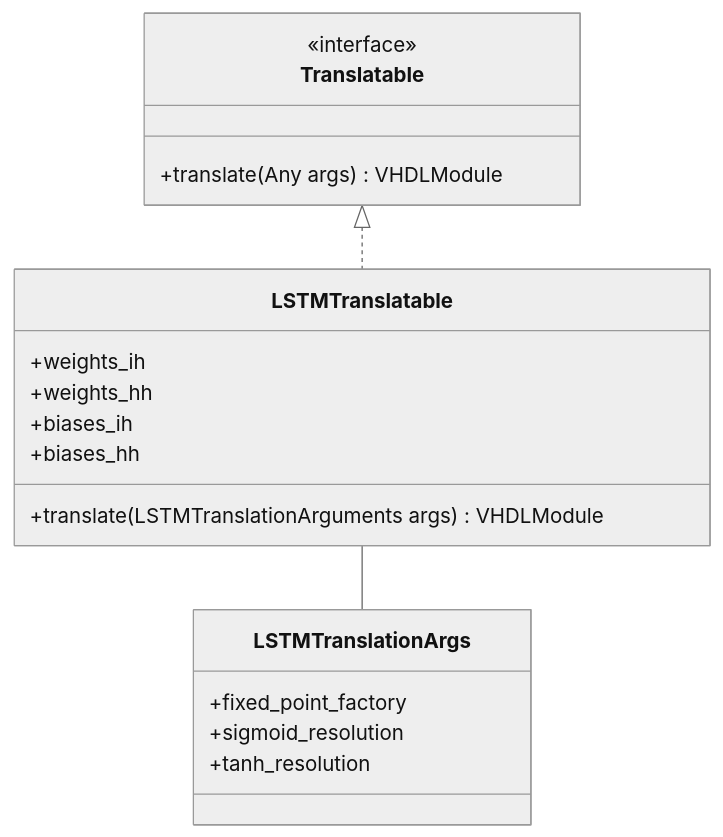
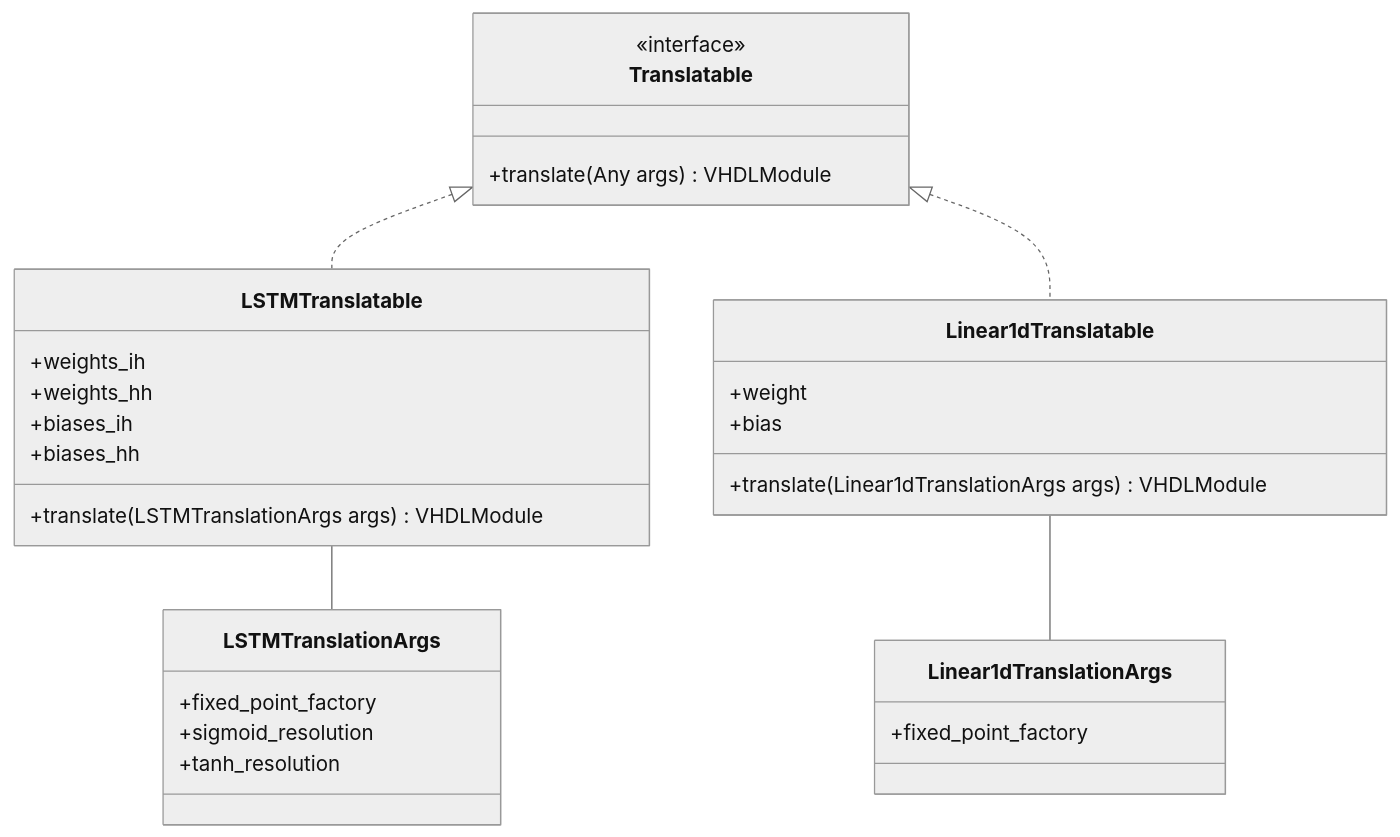
The second of 3 diagrams in README.md (es-ude/elastic-ai.creator), drawn with Mermaid (neutral theme) before and after one commit. The commit also changed other lines of this file, not shown here.

Commit message:
docs(readme): update documentation according the newly added linear1d layer

````diff
--- a/README.md
+++ b/README.md
@@ -83,21 +84,34 @@
 ```mermaid
 classDiagram
 class Translatable {
     <<interface>>
     +translate(Any args) VHDLModule
 }
+
 class LSTMTranslatable {
     +weights_ih
     +weights_hh
     +biases_ih
     +biases_hh
-    +translate(LSTMTranslationArguments args) VHDLModule
+    +translate(LSTMTranslationArgs args) VHDLModule
 }
 class LSTMTranslationArgs {
     +fixed_point_factory
     +sigmoid_resolution
     +tanh_resolution
 }
+
+class Linear1dTranslatable {
+    +weight
+    +bias
+    +translate(Linear1dTranslationArgs args) VHDLModule
+}
+class Linear1dTranslationArgs {
+    +fixed_point_factory
+}
+
 Translatable <|.. LSTMTranslatable
 LSTMTranslatable -- LSTMTranslationArgs
+Translatable <|.. Linear1dTranslatable
+Linear1dTranslatable -- Linear1dTranslationArgs
 ```
````
